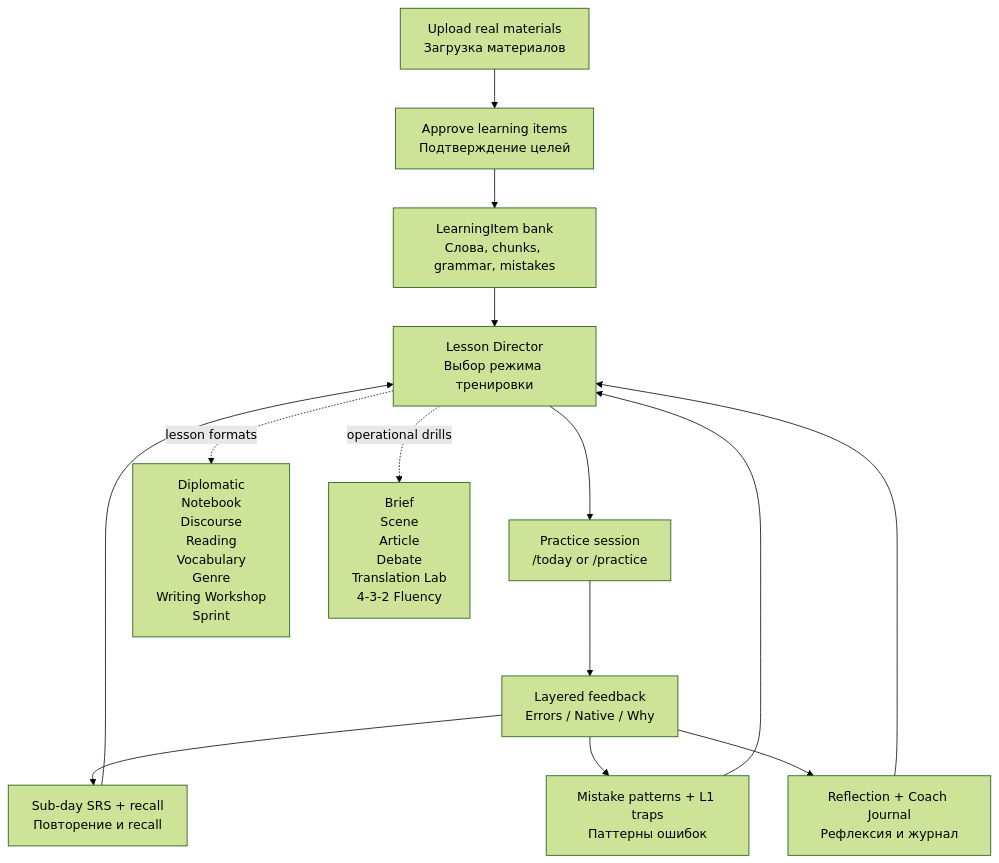
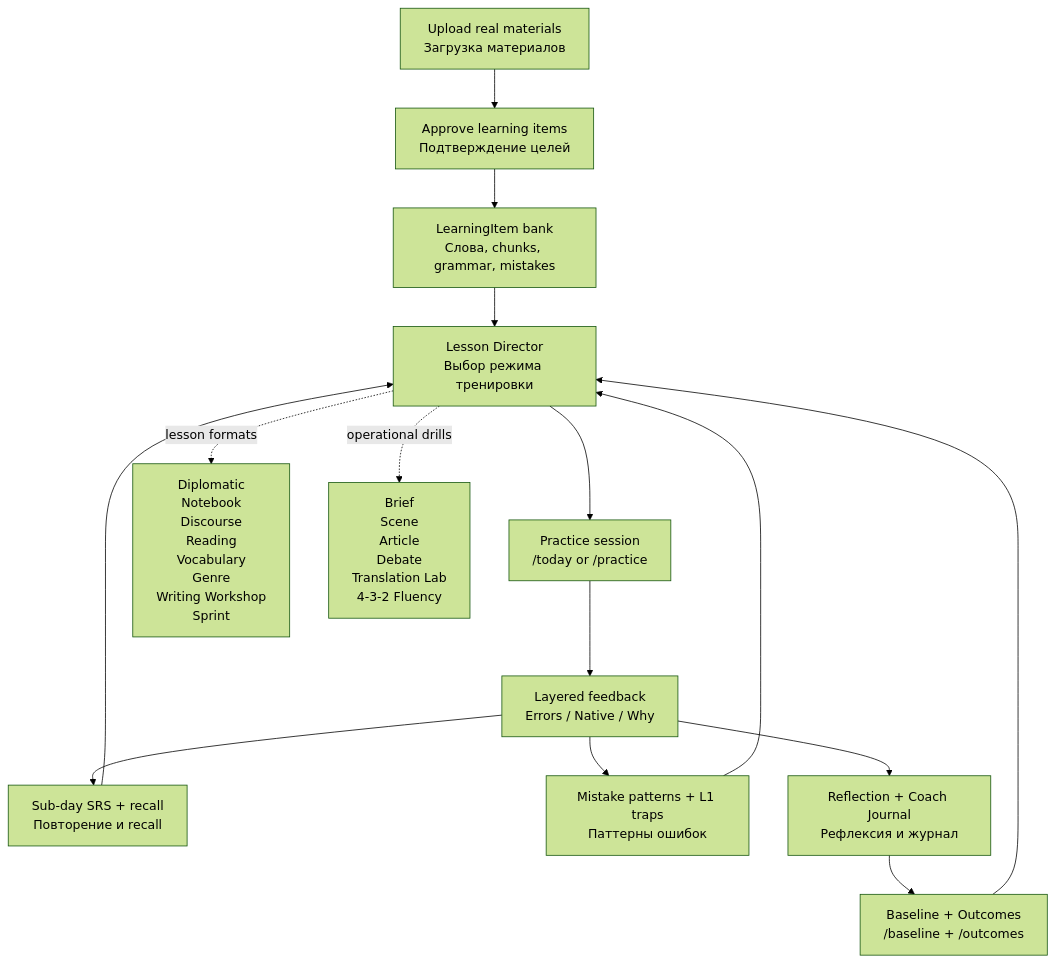
The diagram in docs/user-guide.md (eiler2005/FluentLoop), drawn with Mermaid (forest theme) before and after one commit. The commit also changed other lines of this file and 24 other files, not shown here.

````diff
--- a/docs/user-guide.md
+++ b/docs/user-guide.md
@@ -65,17 +82,18 @@
 ```mermaid
 flowchart TD
     A[Upload real materials<br/>Загрузка материалов] --> B[Approve learning items<br/>Подтверждение целей]
     B --> C[LearningItem bank<br/>Слова, chunks, grammar, mistakes]
     C --> D[Lesson Director<br/>Выбор режима тренировки]
     D --> E[Practice session<br/>/today or /practice]
     E --> F[Layered feedback<br/>Errors / Native / Why]
     F --> G[Sub-day SRS + recall<br/>Повторение и recall]
     F --> H[Mistake patterns + L1 traps<br/>Паттерны ошибок]
     F --> I[Reflection + Coach Journal<br/>Рефлексия и журнал]
+    I --> L[Baseline + Outcomes<br/>/baseline + /outcomes]
     G --> D
     H --> D
-    I --> D
+    L --> D
 
     D -. lesson formats .-> J[Diplomatic<br/>Notebook<br/>Discourse<br/>Reading<br/>Vocabulary<br/>Genre<br/>Writing Workshop<br/>Sprint]
     D -. operational drills .-> K[Brief<br/>Scene<br/>Article<br/>Debate<br/>Translation Lab<br/>4-3-2 Fluency]
 ```
````
